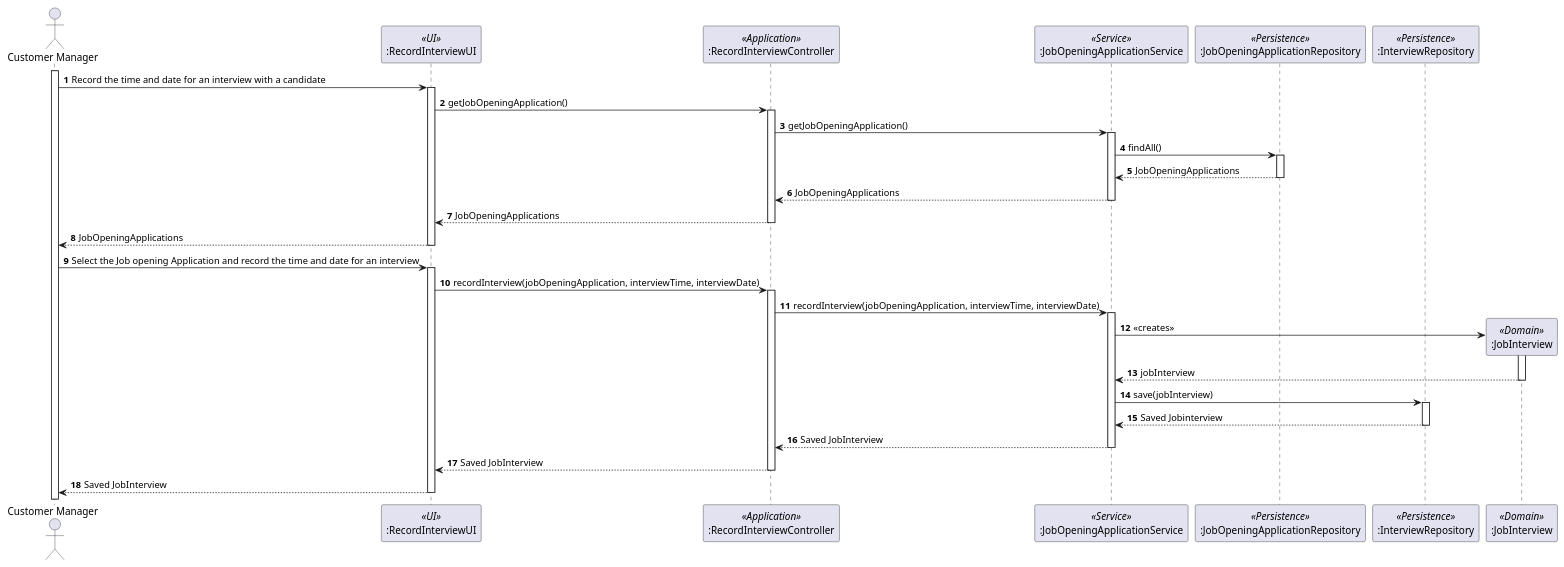
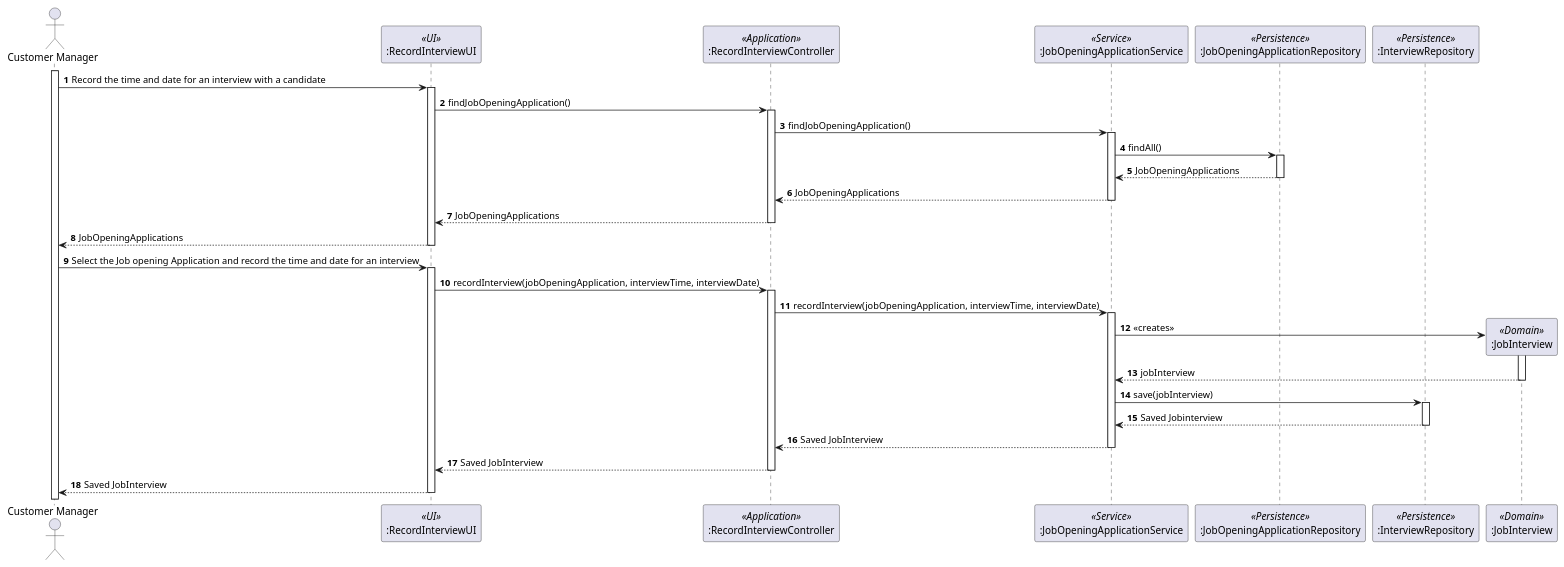
The diagram in docs/sprintC/1014/puml/1014-sequence-diagram.puml (marcoferreira37/Lapr4), drawn with PlantUML before and after one commit. The commit also changed 3 other files, not shown here.

Commit message:
#39 change name of method getJobOpeningApplication to findJoOpeningApplication

```diff
--- a/docs/sprintC/1014/puml/1014-sequence-diagram.puml
+++ b/docs/sprintC/1014/puml/1014-sequence-diagram.puml
@@ -1,99 +1,99 @@
 @startuml
 
 actor "Customer Manager" as Agent
 participant ":RecordInterviewUI" as ui <<UI>>
 participant ":RecordInterviewController" as ctrl <<Application>>
 participant ":JobOpeningApplicationService" as jobApServ <<Service>>
 participant ":JobOpeningApplicationRepository" as jobRepo <<Persistence>>
 'participant ":ApplicationService" as appServ <<Service>>
 participant ":InterviewRepository" as intRepo <<Persistence>>
 'participant "app:JobOpeningApplication" as app <<Domain>>
 participant ":JobInterview" as interview <<Domain>>
 
 
 autonumber
 
 activate Agent
 
 Agent -> ui: Record the time and date for an interview with a candidate
 activate ui
 
-ui -> ctrl: getJobOpeningApplication()
+ui -> ctrl: findJobOpeningApplication()
 
 
 
 activate ctrl
 
-ctrl -> jobApServ: getJobOpeningApplication()
+ctrl -> jobApServ: findJobOpeningApplication()
 
 activate jobApServ
 
 jobApServ -> jobRepo: findAll()
 activate jobRepo
 
 jobRepo --> jobApServ: JobOpeningApplications
 
 deactivate jobRepo
 
 
 jobApServ --> ctrl: JobOpeningApplications
 deactivate jobApServ
 
 
 ctrl --> ui: JobOpeningApplications
 deactivate ctrl
 
 
 ui --> Agent: JobOpeningApplications
 deactivate ui
 
 
 
 Agent -> ui: Select the Job opening Application and record the time and date for an interview
 activate ui
 
 ui -> ctrl: recordInterview(jobOpeningApplication, interviewTime, interviewDate)
 
 activate ctrl
 
 ctrl -> jobApServ: recordInterview(jobOpeningApplication, interviewTime, interviewDate)
 
 activate jobApServ
 jobApServ -> interview** : «creates»
 activate interview
 
 interview --> jobApServ: jobInterview
 
 deactivate interview
 
 jobApServ -> intRepo: save(jobInterview)
 
 activate intRepo
 
 intRepo --> jobApServ: Saved Jobinterview
 deactivate intRepo
 
 
 
 
 
 deactivate intRepo
 
 
 jobApServ --> ctrl: Saved JobInterview
 deactivate jobApServ
 
 
 ctrl --> ui: Saved JobInterview
 deactivate ctrl
 
 ui --> Agent: Saved JobInterview
 
 deactivate ui
 
 
 
 
 
 
 @enduml
```
